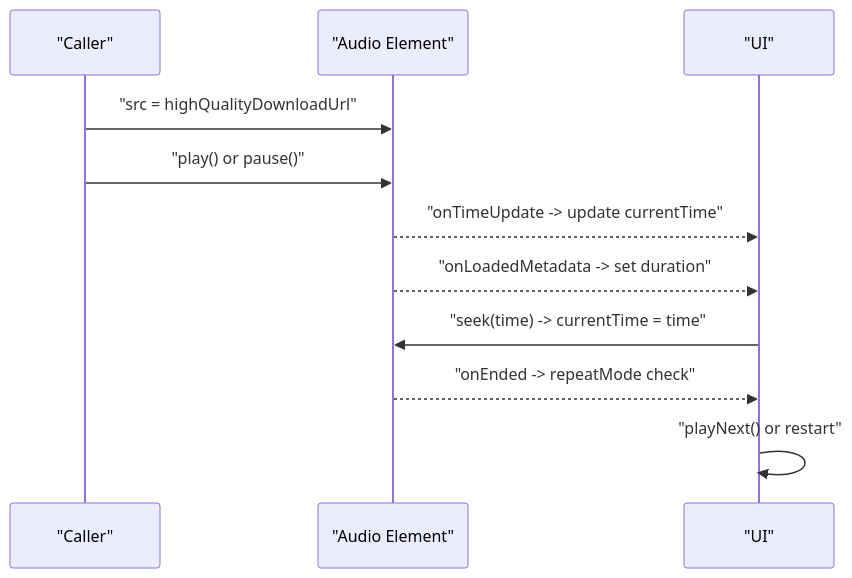
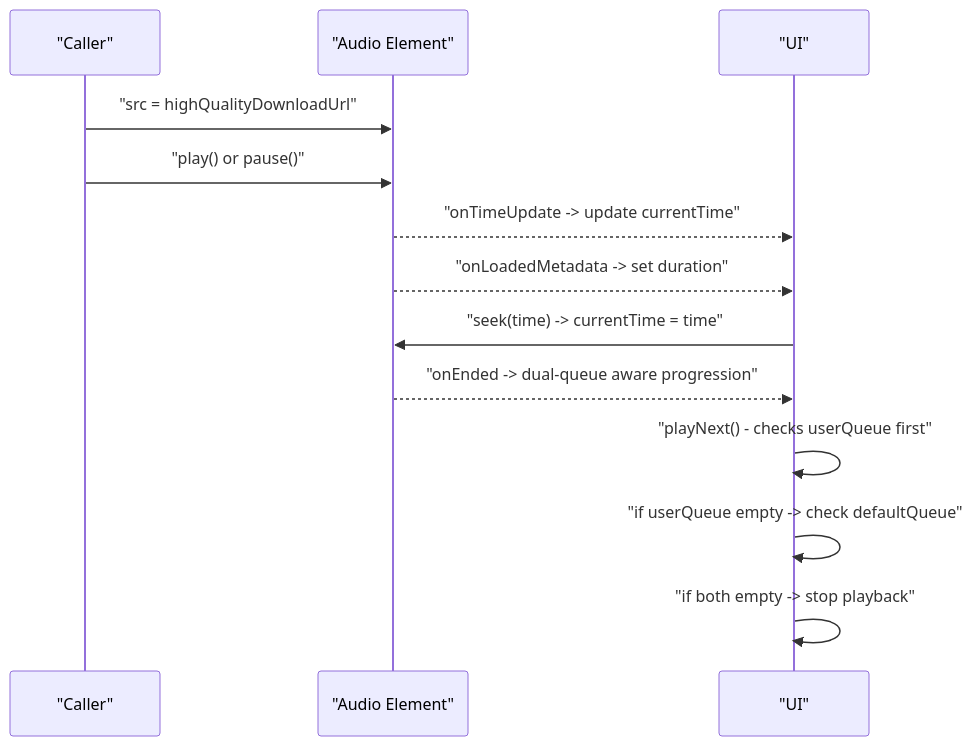
One commit to moindestiny/SonicStream changed the ninth of 11 diagrams in .qoder/repowiki/en/content/Core Features/Audio Player.md. Above: the diagram before and after it, drawn with Mermaid. The commit also changed other lines of this file and 5 other files, not shown here.

````diff
--- a/.qoder/repowiki/en/content/Core Features/Audio Player.md
+++ b/.qoder/repowiki/en/content/Core Features/Audio Player.md
@@ -374,13 +527,15 @@
 ```mermaid
 sequenceDiagram
 participant C as "Caller"
 participant A as "Audio Element"
 participant U as "UI"
 C->>A : "src = highQualityDownloadUrl"
 C->>A : "play() or pause()"
 A-->>U : "onTimeUpdate -> update currentTime"
 A-->>U : "onLoadedMetadata -> set duration"
 U->>A : "seek(time) -> currentTime = time"
-A-->>U : "onEnded -> repeatMode check"
-U->>U : "playNext() or restart"
+A-->>U : "onEnded -> dual-queue aware progression"
+U->>U : "playNext() - checks userQueue first"
+U->>U : "if userQueue empty -> check defaultQueue"
+U->>U : "if both empty -> stop playback"
 ```
````
